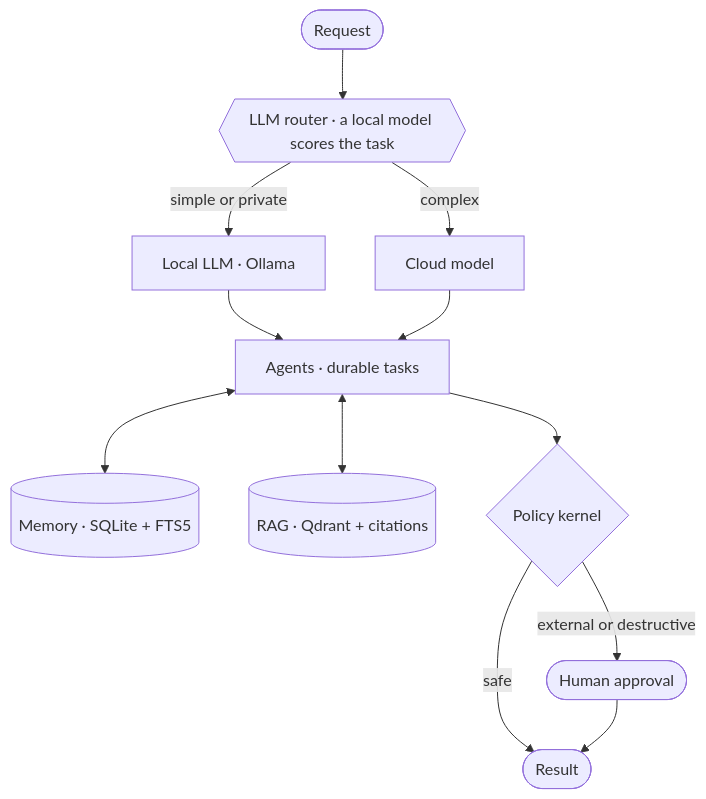
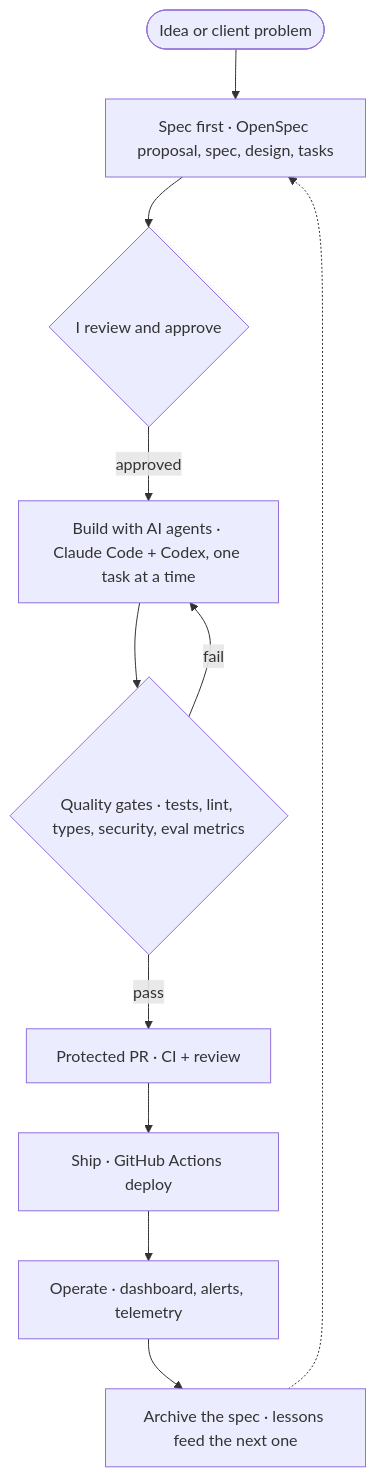
One commit to zaiddiab/zaiddiab changed the diagram in README.md. Above: the diagram before and after it, drawn with Mermaid. The commit also changed other lines of this file, not shown here.

Commit message:
README: replace architecture diagram with my actual engineering workflow

````diff
--- a/README.md
+++ b/README.md
@@ -30,14 +30,13 @@
 ```mermaid
 flowchart TD
-    Q([Request]) --> R{{"LLM router · a local model scores the task"}}
-    R -->|simple or private| L["Local LLM · Ollama"]
-    R -->|complex| C["Cloud model"]
-    L --> A["Agents · durable tasks"]
-    C --> A
-    A <--> M[("Memory · SQLite + FTS5")]
-    A <--> K[("RAG · Qdrant + citations")]
-    A --> P{"Policy kernel"}
-    P -->|safe| O([Result])
-    P -->|external or destructive| H(["Human approval"])
-    H --> O
+    I([Idea or client problem]) --> S["Spec first · OpenSpec proposal, spec, design, tasks"]
+    S --> A{"I review and approve"}
+    A -->|approved| B["Build with AI agents · Claude Code + Codex, one task at a time"]
+    B --> G{"Quality gates · tests, lint, types, security, eval metrics"}
+    G -->|fail| B
+    G -->|pass| R["Protected PR · CI + review"]
+    R --> D["Ship · GitHub Actions deploy"]
+    D --> O["Operate · dashboard, alerts, telemetry"]
+    O --> L["Archive the spec · lessons feed the next one"]
+    L -.-> S
 ```
````
